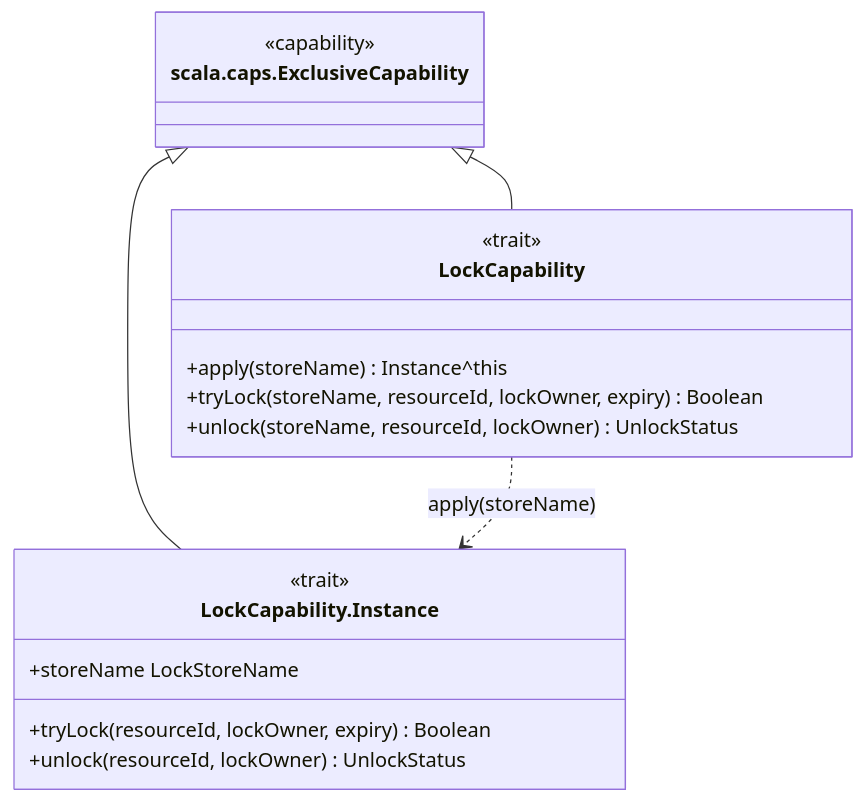
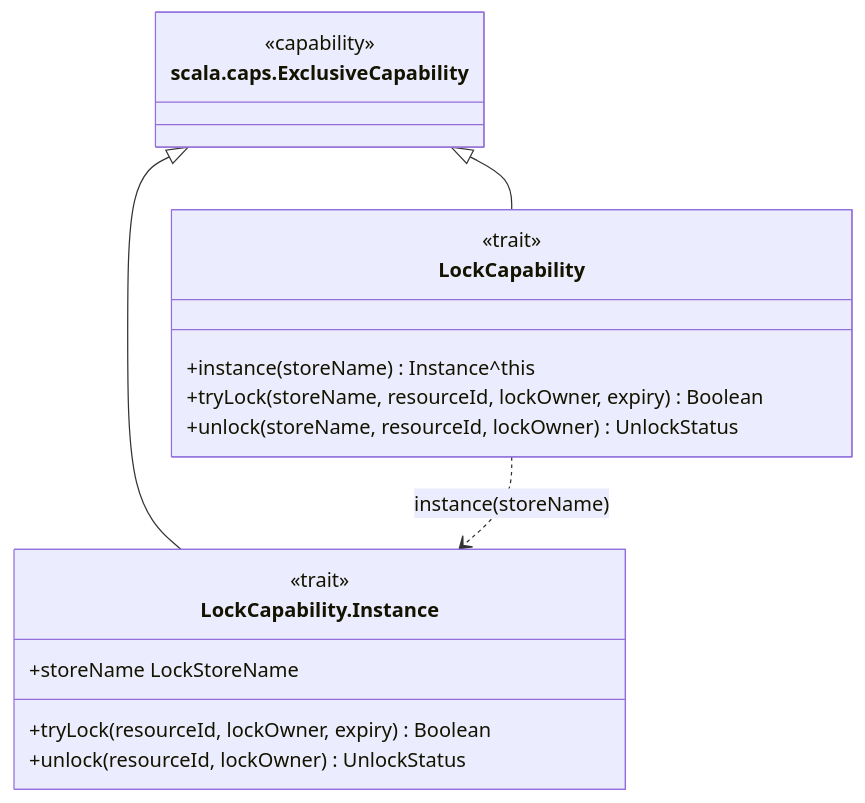
Before and after one commit to sideeffffect/dapr4s: the ninth of 15 diagrams in docs/CAPABILITY-HIERARCHY.md, drawn with Mermaid. The commit also changed other lines of this file and 26 other files, not shown here.

Commit message:
docs: instance(name)/forType narrowing in scaladoc, docs and spec

````diff
--- a/docs/CAPABILITY-HIERARCHY.md
+++ b/docs/CAPABILITY-HIERARCHY.md
@@ -373,23 +373,23 @@
 ```mermaid
 classDiagram
     direction TB
     class ExclusiveCapability["scala.caps.ExclusiveCapability"]
     <<capability>> ExclusiveCapability
 
     class LockCapability {
         <<trait>>
-        +apply(storeName) Instance^this
+        +instance(storeName) Instance^this
         +tryLock(storeName, resourceId, lockOwner, expiry) Boolean
         +unlock(storeName, resourceId, lockOwner) UnlockStatus
     }
 
     class LockCapability_Instance["LockCapability.Instance"]
     <<trait>> LockCapability_Instance
     LockCapability_Instance : +storeName LockStoreName
     LockCapability_Instance : +tryLock(resourceId, lockOwner, expiry) Boolean
     LockCapability_Instance : +unlock(resourceId, lockOwner) UnlockStatus
 
     ExclusiveCapability <|-- LockCapability
     ExclusiveCapability <|-- LockCapability_Instance
-    LockCapability ..> LockCapability_Instance : apply(storeName)
+    LockCapability ..> LockCapability_Instance : instance(storeName)
 ```
````
